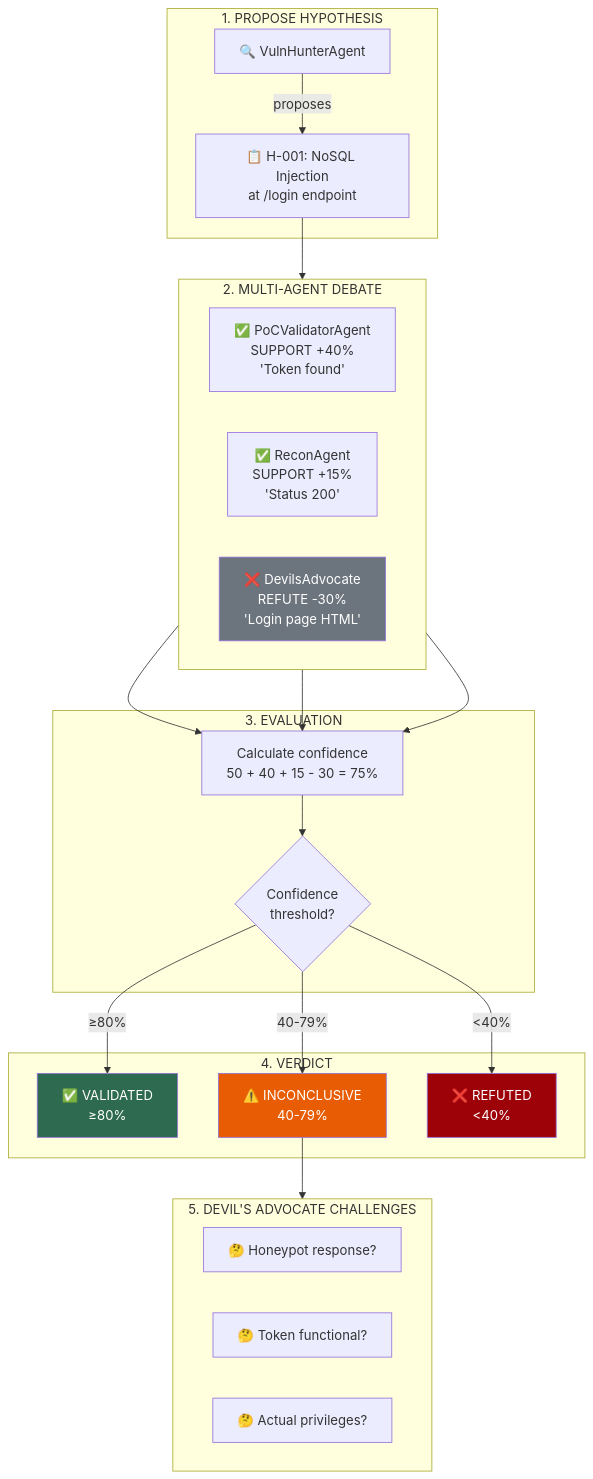
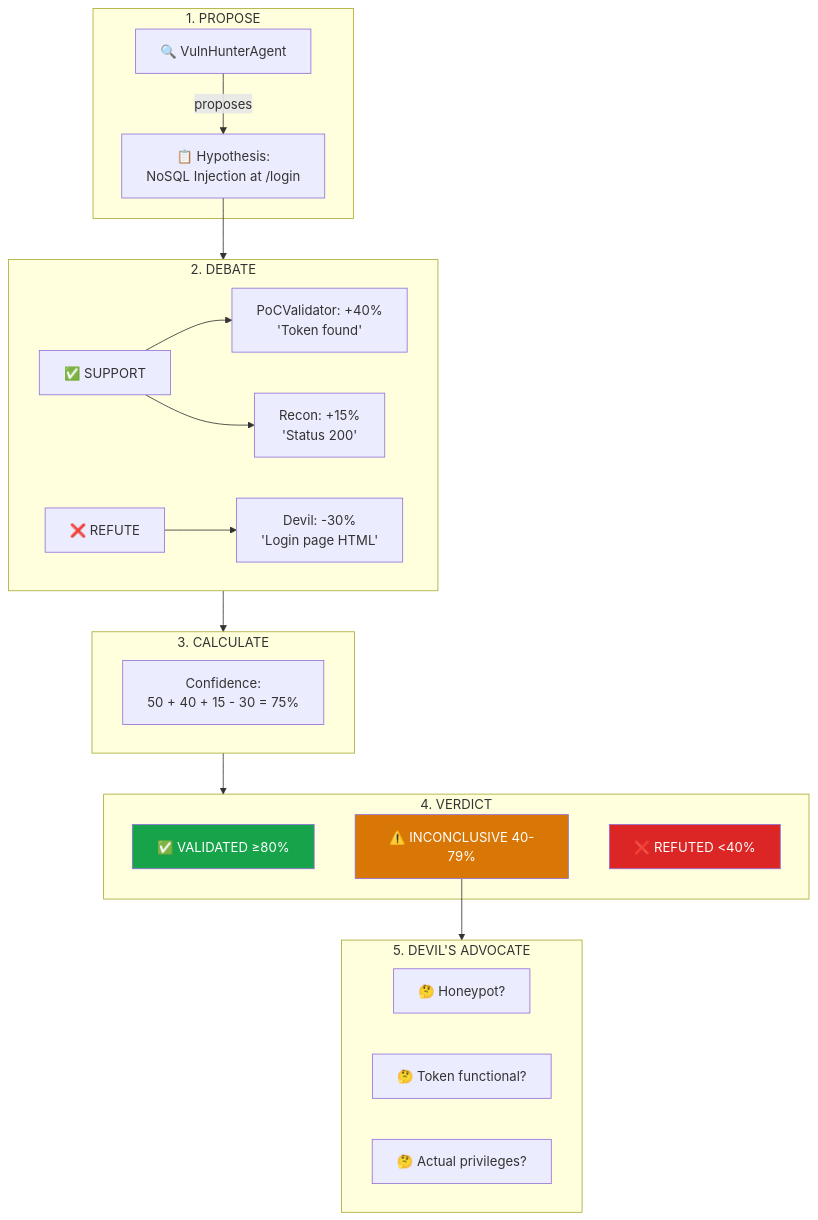
The seventh of 7 diagrams in README.md (purwocode/AGENTIC), drawn with Mermaid before and after one commit. The commit also changed other lines of this file and 1 other file, not shown here.

Commit message:
docs: update README architecture and add Story.md documentation

````diff
--- a/README.md
+++ b/README.md
@@ -408,45 +838,43 @@
 ```mermaid
 flowchart TD
-    subgraph PROPOSE["1. PROPOSE HYPOTHESIS"]
-        VH[🔍 VulnHunterAgent]
-        H1["📋 H-001: NoSQL Injection<br/>at /login endpoint"]
-        VH -->|proposes| H1
+    subgraph PROPOSE["1. PROPOSE"]
+        VH["🔍 VulnHunterAgent"]
+        HYP["📋 Hypothesis:<br/>NoSQL Injection at /login"]
+        VH -->|proposes| HYP
     end
 
-    subgraph DEBATE["2. MULTI-AGENT DEBATE"]
-        direction LR
-        POC["✅ PoCValidatorAgent<br/>SUPPORT +40%<br/>'Token found'"]
-        RECON["✅ ReconAgent<br/>SUPPORT +15%<br/>'Status 200'"]
-        DEVIL["❌ DevilsAdvocate<br/>REFUTE -30%<br/>'Login page HTML'"]
+    subgraph DEBATE["2. DEBATE"]
+        SUPPORT["✅ SUPPORT"]
+        REFUTE["❌ REFUTE"]
+        S1["PoCValidator: +40%<br/>'Token found'"]
+        S2["Recon: +15%<br/>'Status 200'"]
+        R1["Devil: -30%<br/>'Login page HTML'"]
     end
 
-    subgraph EVALUATE["3. EVALUATION"]
-        CALC[Calculate confidence<br/>50 + 40 + 15 - 30 = 75%]
-        CHECK{Confidence<br/>threshold?}
+    subgraph CALC["3. CALCULATE"]
+        SCORE["Confidence:<br/>50 + 40 + 15 - 30 = 75%"]
     end
 
     subgraph VERDICT["4. VERDICT"]
-        VAL["✅ VALIDATED<br/>≥80%"]
-        INC["⚠️ INCONCLUSIVE<br/>40-79%"]
-        REF["❌ REFUTED<br/><40%"]
+        VAL["✅ VALIDATED ≥80%"]
+        INC["⚠️ INCONCLUSIVE 40-79%"]
+        REF["❌ REFUTED <40%"]
     end
 
-    subgraph CHALLENGE["5. DEVIL'S ADVOCATE CHALLENGES"]
-        Q1["🤔 Honeypot response?"]
+    subgraph CHALLENGE["5. DEVIL'S ADVOCATE"]
+        Q1["🤔 Honeypot?"]
         Q2["🤔 Token functional?"]
         Q3["🤔 Actual privileges?"]
     end
 
-    H1 --> DEBATE
-    POC & RECON & DEVIL --> CALC
-    CALC --> CHECK
-    CHECK -->|"≥80%"| VAL
-    CHECK -->|"40-79%"| INC
-    CHECK -->|"<40%"| REF
+    HYP --> DEBATE
+    SUPPORT --> S1 & S2
+    REFUTE --> R1
+    DEBATE --> CALC
+    CALC --> VERDICT
     INC --> CHALLENGE
 
-    style VAL fill:#2d6a4f,color:#fff
-    style REF fill:#9d0208,color:#fff
-    style INC fill:#e85d04,color:#fff
-    style DEVIL fill:#6c757d,color:#fff
+    style VAL fill:#16a34a,color:#fff
+    style REF fill:#dc2626,color:#fff
+    style INC fill:#d97706,color:#fff
 ```
````
